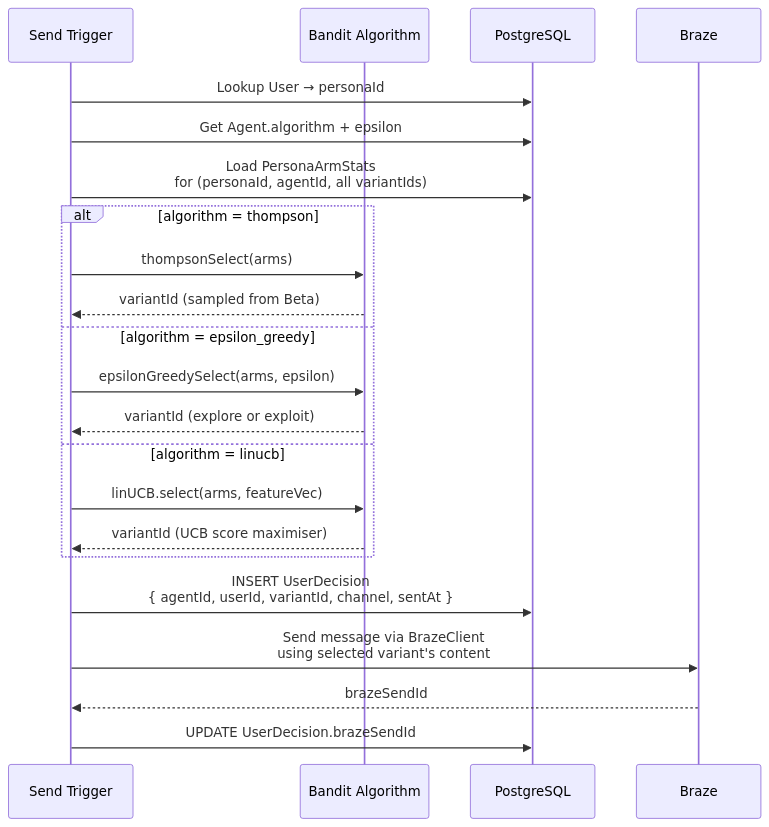
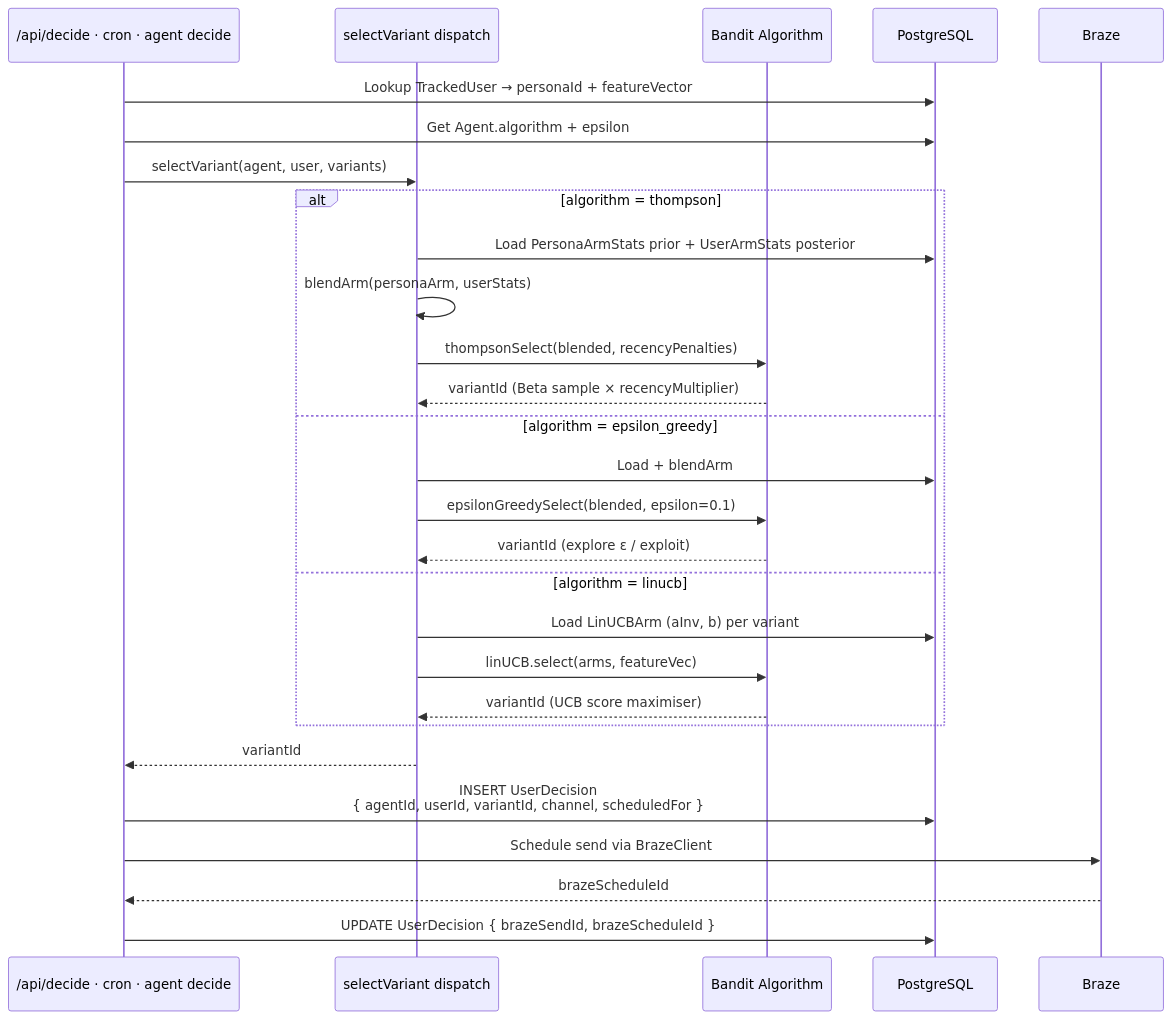
One commit to ender1311/nexusAi changed the third of 6 diagrams in docs/data-flows.md. Above: the diagram before and after it, drawn with Mermaid. The commit also changed other lines of this file and 17 other files, not shown here.

First line of the commit message:
docs: refresh architecture docs to match current app

````diff
--- a/docs/data-flows.md
+++ b/docs/data-flows.md
@@ -67,27 +77,33 @@
 ```mermaid
 sequenceDiagram
-    participant CALLER as Send Trigger
+    participant CALLER as /api/decide · cron · agent decide
+    participant SV as selectVariant dispatch
     participant ALGO as Bandit Algorithm
     participant DB as PostgreSQL
     participant BRAZE as Braze
 
-    CALLER->>DB: Lookup User → personaId
+    CALLER->>DB: Lookup TrackedUser → personaId + featureVector
     CALLER->>DB: Get Agent.algorithm + epsilon
-    CALLER->>DB: Load PersonaArmStats<br/>for (personaId, agentId, all variantIds)
+    CALLER->>SV: selectVariant(agent, user, variants)
 
     alt algorithm = thompson
-        CALLER->>ALGO: thompsonSelect(arms)
-        ALGO-->>CALLER: variantId (sampled from Beta)
+        SV->>DB: Load PersonaArmStats prior + UserArmStats posterior
+        SV->>SV: blendArm(personaArm, userStats)
+        SV->>ALGO: thompsonSelect(blended, recencyPenalties)
+        ALGO-->>SV: variantId (Beta sample × recencyMultiplier)
     else algorithm = epsilon_greedy
-        CALLER->>ALGO: epsilonGreedySelect(arms, epsilon)
-        ALGO-->>CALLER: variantId (explore or exploit)
+        SV->>DB: Load + blendArm
+        SV->>ALGO: epsilonGreedySelect(blended, epsilon=0.1)
+        ALGO-->>SV: variantId (explore ε / exploit)
     else algorithm = linucb
-        CALLER->>ALGO: linUCB.select(arms, featureVec)
-        ALGO-->>CALLER: variantId (UCB score maximiser)
+        SV->>DB: Load LinUCBArm (aInv, b) per variant
+        SV->>ALGO: linUCB.select(arms, featureVec)
+        ALGO-->>SV: variantId (UCB score maximiser)
     end
 
-    CALLER->>DB: INSERT UserDecision<br/>{ agentId, userId, variantId, channel, sentAt }
-    CALLER->>BRAZE: Send message via BrazeClient<br/>using selected variant's content
-    BRAZE-->>CALLER: brazeSendId
-    CALLER->>DB: UPDATE UserDecision.brazeSendId
+    SV-->>CALLER: variantId
+    CALLER->>DB: INSERT UserDecision<br/>{ agentId, userId, variantId, channel, scheduledFor }
+    CALLER->>BRAZE: Schedule send via BrazeClient
+    BRAZE-->>CALLER: brazeScheduleId
+    CALLER->>DB: UPDATE UserDecision { brazeSendId, brazeScheduleId }
 ```
````
